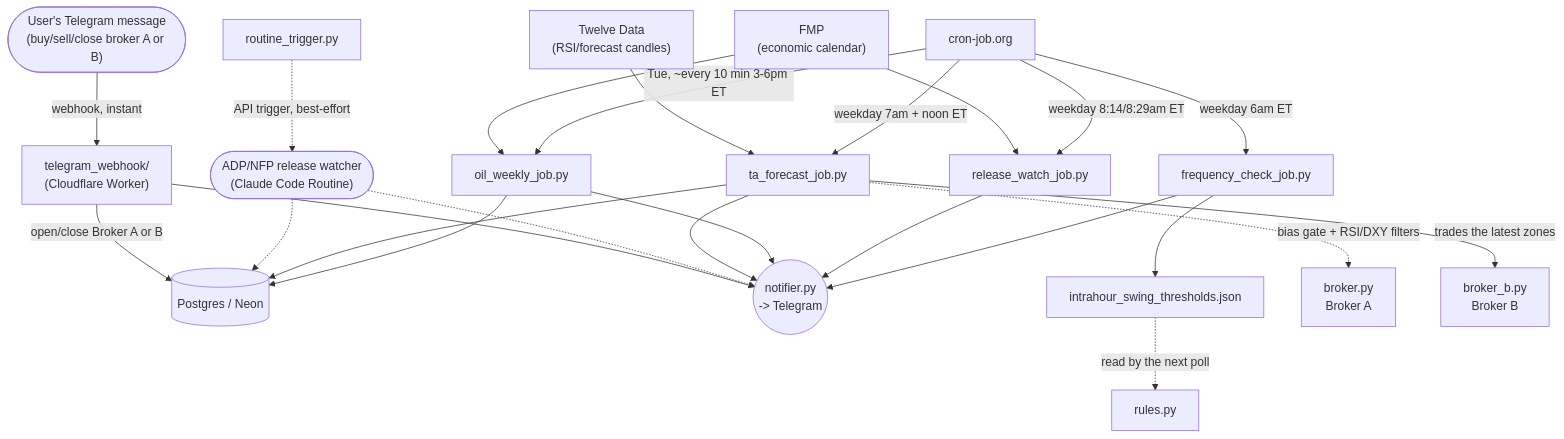
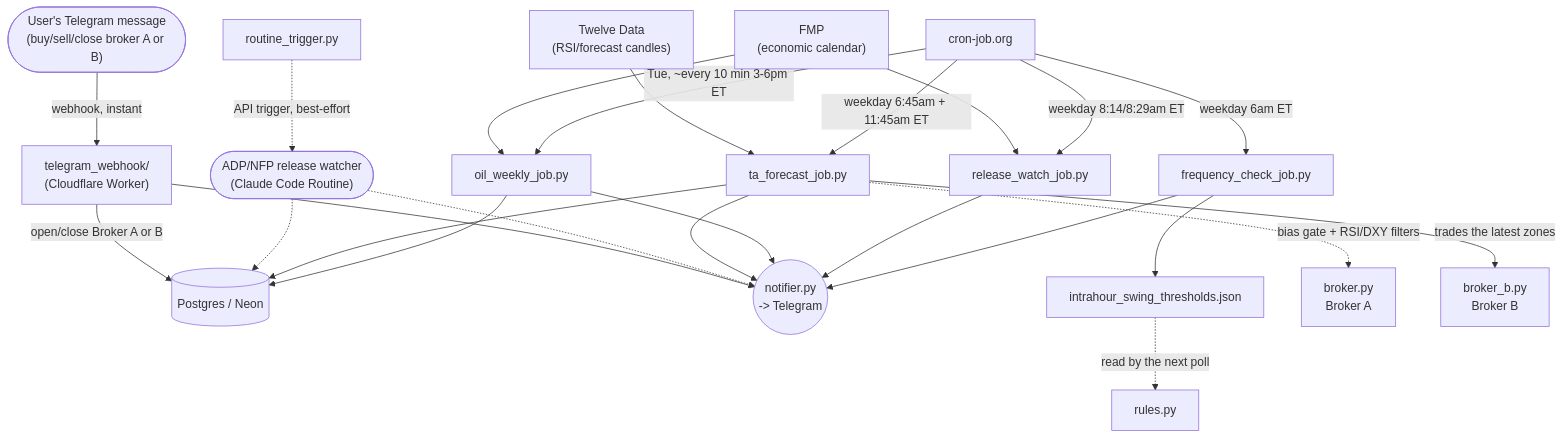
One commit to Armada86/goldo changed the second of 2 diagrams in docs/diagram.md. Above: the diagram before and after it, drawn with Mermaid. The commit also changed other lines of this file and 4 other files, not shown here.

````diff
--- a/docs/diagram.md
+++ b/docs/diagram.md
@@ -51,34 +51,34 @@
 ```mermaid
 flowchart TD
     Cron2["cron-job.org"]
     FMP["FMP\n(economic calendar)"]
     TD2["Twelve Data\n(RSI/forecast candles)"]
     DB2[("Postgres / Neon")]
     Telegram2(("notifier.py\n-> Telegram"))
 
     Cron2 -->|weekday 6am ET| FreqCheck["frequency_check_job.py"]
     FreqCheck --> Thresholds["intrahour_swing_thresholds.json"]
     FreqCheck --> Telegram2
     Thresholds -.->|read by the next poll| Rules2["rules.py"]
 
     Cron2 -->|weekday 8:14/8:29am ET| ReleaseWatch["release_watch_job.py"]
     FMP --> ReleaseWatch --> Telegram2
 
     Cron2 -->|Tue, ~every 10 min 3-6pm ET| OilWeekly["oil_weekly_job.py"]
     FMP --> OilWeekly --> DB2
     OilWeekly --> Telegram2
 
-    Cron2 -->|weekday 7am + noon ET| TAForecast["ta_forecast_job.py"]
+    Cron2 -->|weekday 6:45am + 11:45am ET| TAForecast["ta_forecast_job.py"]
     TD2 --> TAForecast --> DB2
     TAForecast --> Telegram2
     TAForecast -.->|bias gate + RSI/DXY filters| BrokerA2["broker.py\nBroker A"]
     TAForecast -->|trades the latest zones| BrokerB2["broker_b.py\nBroker B"]
 
     RoutineTrigger2["routine_trigger.py"] -.->|API trigger, best-effort| Routine(["ADP/NFP release watcher\n(Claude Code Routine)"])
     Routine -.-> DB2
     Routine -.-> Telegram2
 
     TelegramUser(["User's Telegram message\n(buy/sell/close broker A or B)"]) -->|webhook, instant| Worker["telegram_webhook/\n(Cloudflare Worker)"]
     Worker -->|open/close Broker A or B| DB2
     Worker --> Telegram2
 ```
````
